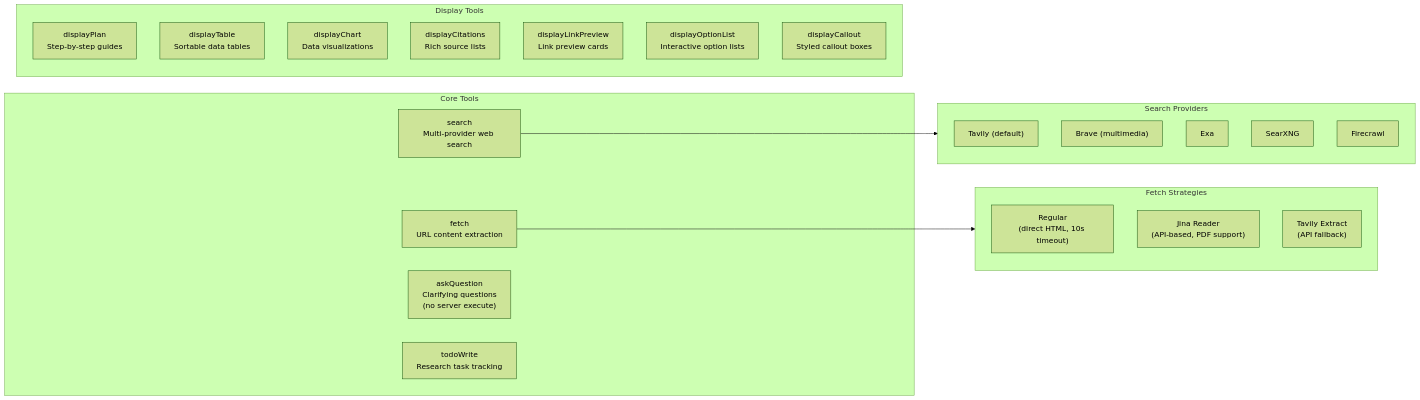
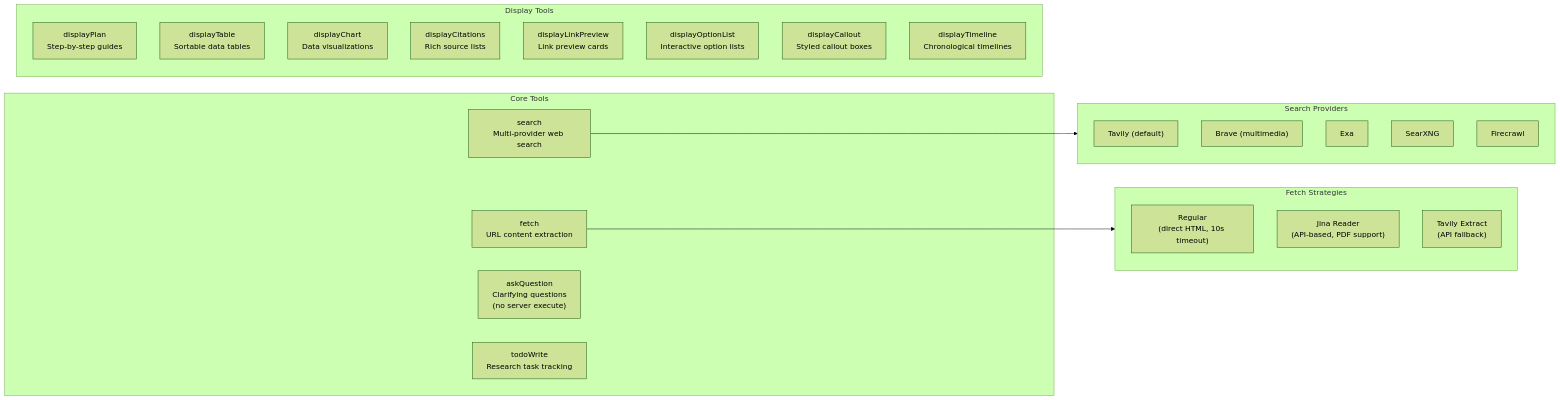
Before and after one commit to NickB03/polymorph: the third of 10 diagrams in docs/ARCHITECTURE.md, drawn with Mermaid (forest theme). The commit also changed other lines of this file and 14 other files, not shown here.

First line of the commit message:
feat: add displayTimeline tool UI for chronological event timelines

````diff
--- a/docs/ARCHITECTURE.md
+++ b/docs/ARCHITECTURE.md
@@ -141,36 +141,37 @@
 ```mermaid
 graph LR
     subgraph Core["Core Tools"]
         search["search<br/>Multi-provider web search"]
         fetch["fetch<br/>URL content extraction"]
         question["askQuestion<br/>Clarifying questions<br/>(no server execute)"]
         todo["todoWrite<br/>Research task tracking"]
     end
 
     subgraph Display["Display Tools"]
         plan["displayPlan<br/>Step-by-step guides"]
         table["displayTable<br/>Sortable data tables"]
         chart["displayChart<br/>Data visualizations"]
         citations["displayCitations<br/>Rich source lists"]
         linkPreview["displayLinkPreview<br/>Link preview cards"]
         optionList["displayOptionList<br/>Interactive option lists"]
         callout["displayCallout<br/>Styled callout boxes"]
+        timeline["displayTimeline<br/>Chronological timelines"]
     end
 
     subgraph SearchProviders["Search Providers"]
         tavily["Tavily (default)"]
         brave["Brave (multimedia)"]
         exa["Exa"]
         searxng["SearXNG"]
         firecrawl["Firecrawl"]
     end
 
     subgraph FetchStrategies["Fetch Strategies"]
         regular["Regular<br/>(direct HTML, 10s timeout)"]
         jina["Jina Reader<br/>(API-based, PDF support)"]
         tavilyExtract["Tavily Extract<br/>(API fallback)"]
     end
 
     search --> SearchProviders
     fetch --> FetchStrategies
 ```
````
